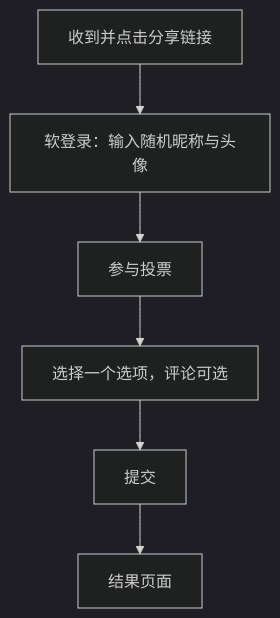
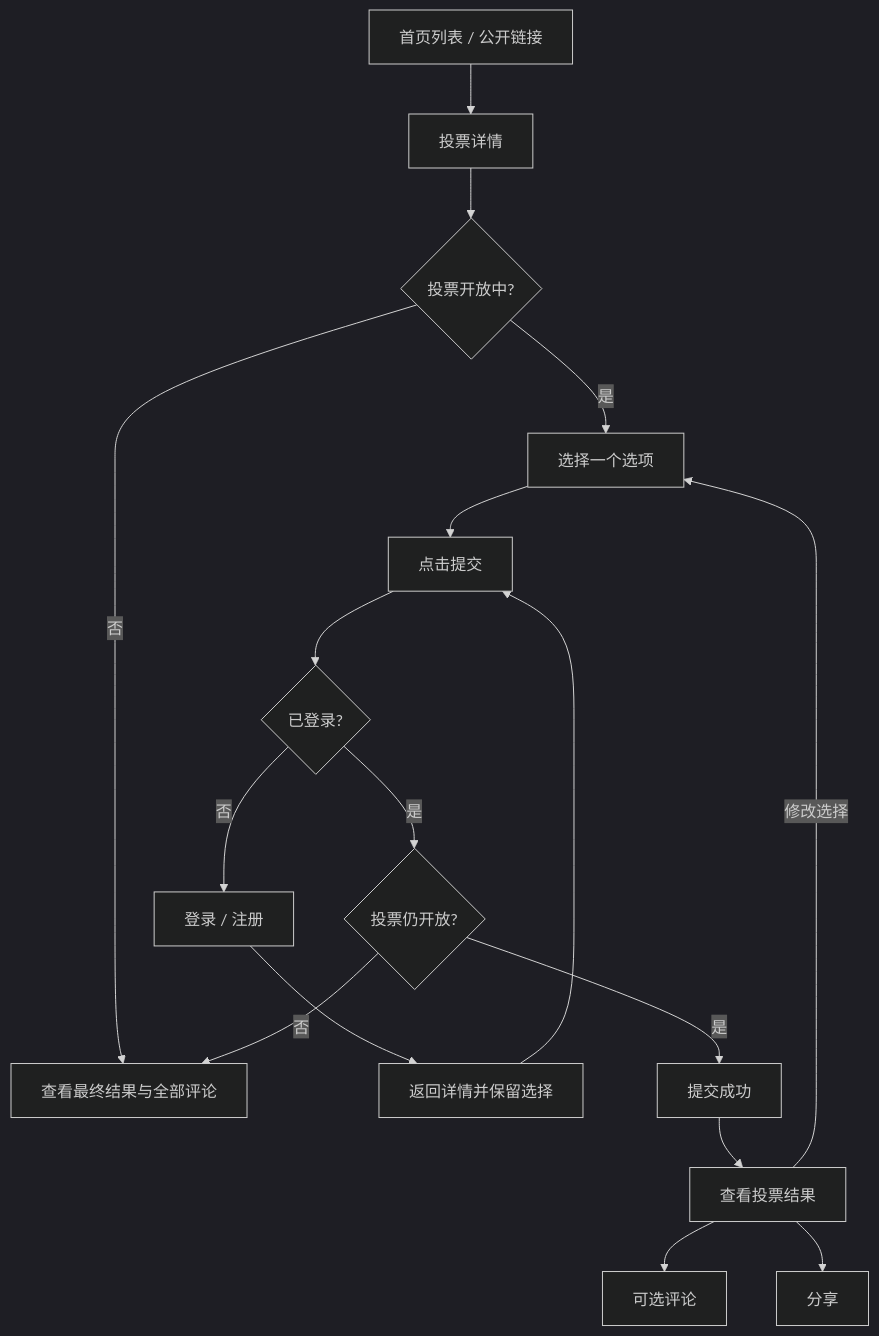
One commit to sd5913/The-Aliien-Repo changed the third of 8 diagrams in docs/UserFlow.md. Above: the diagram before and after it, drawn with Mermaid (dark theme). The commit also changed other lines of this file and 3 other files, not shown here.

````diff
--- a/docs/UserFlow.md
+++ b/docs/UserFlow.md
@@ -68,8 +72,23 @@
 ```mermaid
 flowchart TD
-    A[收到并点击分享链接] --> B[软登录：输入随机昵称与头像]
-    B --> C[参与投票]
-    C --> D[选择一个选项，评论可选]
-    D --> E[提交]
-    E --> F[结果页面]
+    A[首页列表 / 公开链接] --> B[投票详情]
+    B --> C{投票开放中?}
+
+    C -->|否| D[查看最终结果与全部评论]
+    C -->|是| E[选择一个选项]
+    E --> F[点击提交]
+    F --> G{已登录?}
+
+    G -->|否| H[登录 / 注册]
+    H --> I[返回详情并保留选择]
+    I --> F
+
+    G -->|是| J{投票仍开放?}
+    J -->|否| D
+    J -->|是| K[提交成功]
+    K --> L[查看投票结果]
+
+    L --> M[可选评论]
+    L --> N[分享]
+    L -->|修改选择| E
 ```
````
